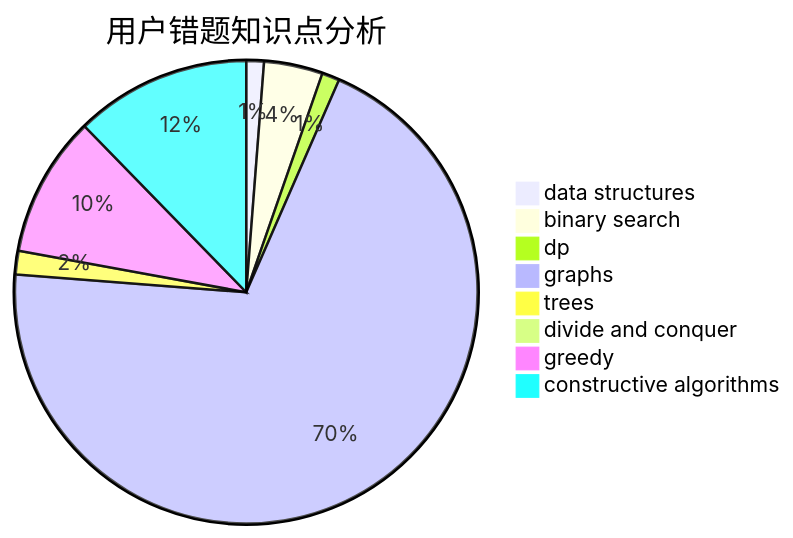
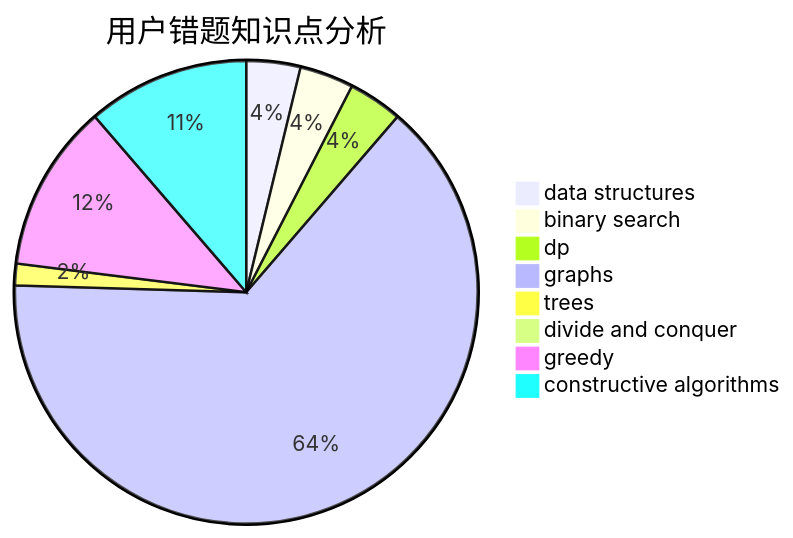
The third of 3 diagrams in docs/user/u1278.md (sherpahu/cfrs.github.io), drawn with Mermaid before and after one commit. The commit also changed other lines of this file and 2770 other files, not shown here.

````diff
--- a/docs/user/u1278.md
+++ b/docs/user/u1278.md
@@ -36,11 +36,11 @@
 ```mermaid
 pie title 用户错题知识点分析
-    "data structures" :  3
+    "data structures" :  10
     "binary search" :  10
-    "dp" :  3
+    "dp" :  10
     "graphs" :  170
     "trees" :  4
     "divide and conquer" :  0
-    "greedy" :  24
+    "greedy" :  31
     "constructive algorithms" :  30
 ```
````
